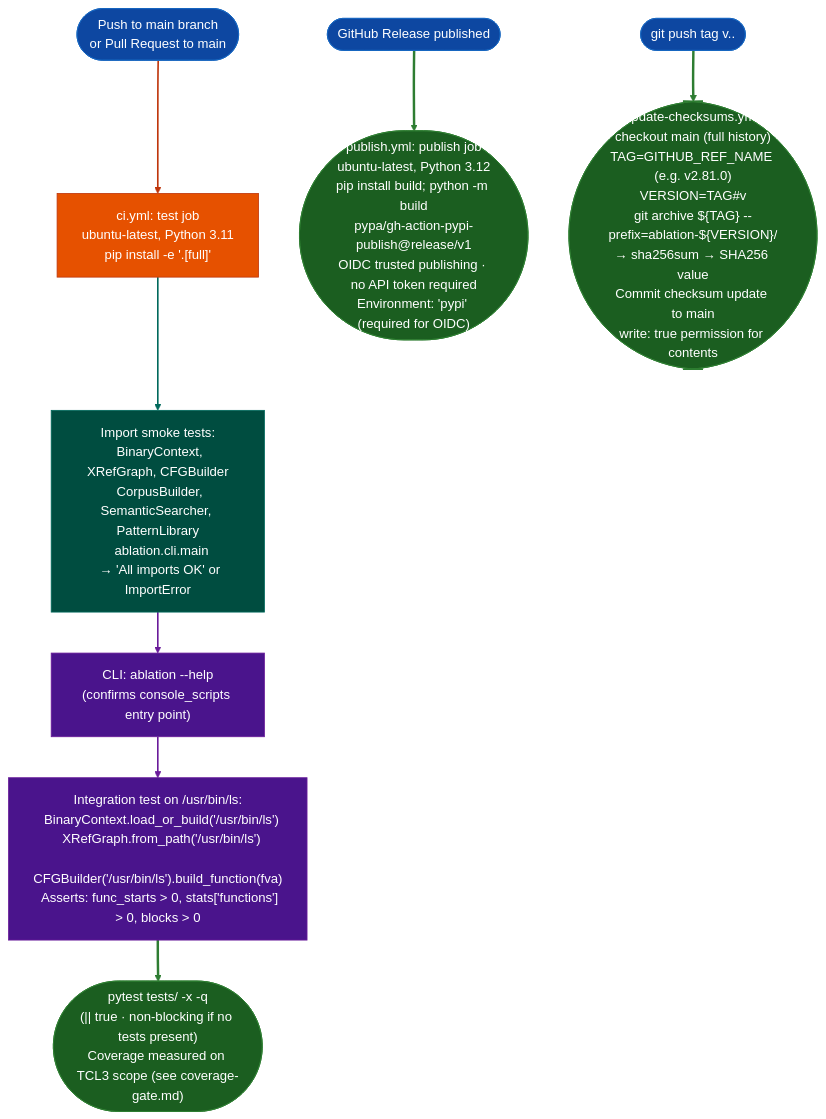
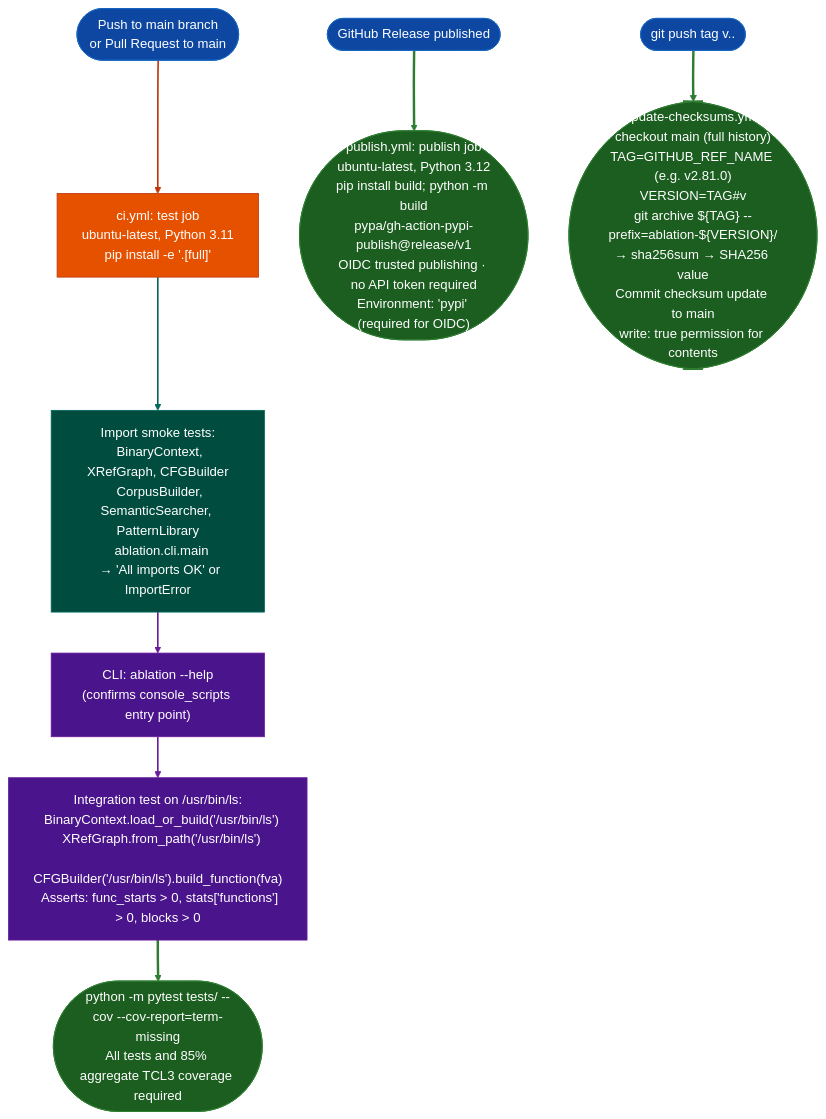
Before and after one commit to Ablation-Tool/ablation: the diagram in docs/reference-modules/ci-and-release-automation.md, drawn with Mermaid. The commit also changed other lines of this file and 66 other files, not shown here.

````diff
--- a/docs/reference-modules/ci-and-release-automation.md
+++ b/docs/reference-modules/ci-and-release-automation.md
@@ -19,25 +19,25 @@
 ```mermaid
 flowchart TD
     A(["Push to main branch\nor Pull Request to main"]):::input --> B["ci.yml: test job\nubuntu-latest, Python 3.11\npip install -e '.[full]'"]:::primary
     B:::primary --> C["Import smoke tests:\n  BinaryContext, XRefGraph, CFGBuilder\n  CorpusBuilder, SemanticSearcher, PatternLibrary\n  ablation.cli.main\n  → 'All imports OK' or ImportError"]:::secondary
     C:::secondary --> D["CLI: ablation --help\n(confirms console_scripts entry point)"]:::tertiary
     D:::tertiary --> E["Integration test on /usr/bin/ls:\n  BinaryContext.load_or_build('/usr/bin/ls')\n  XRefGraph.from_path('/usr/bin/ls')\n  CFGBuilder('/usr/bin/ls').build_function(fva)\n  Asserts: func_starts > 0, stats['functions'] > 0, blocks > 0"]:::tertiary
-    E:::tertiary --> F(["pytest tests/ -x -q\n(|| true · non-blocking if no tests present)\nCoverage measured on TCL3 scope (see coverage-gate.md)"]):::output
+    E:::tertiary --> F(["python -m pytest tests/ --cov --cov-report=term-missing\nAll tests and 85% aggregate TCL3 coverage required"]):::output
 
     G(["GitHub Release published"]):::input --> H(["publish.yml: publish job\nubuntu-latest, Python 3.12\npip install build; python -m build\npypa/gh-action-pypi-publish@release/v1\nOIDC trusted publishing · no API token required\nEnvironment: 'pypi' (required for OIDC)"]):::output
 
     I(["git push tag v<major>.<minor>.<patch>"]):::input --> J(["update-checksums.yml:\ncheckout main (full history)\nTAG=GITHUB_REF_NAME (e.g. v2.81.0)\nVERSION=TAG#v\ngit archive ${TAG} --prefix=ablation-${VERSION}/\n→ sha256sum → SHA256 value\nCommit checksum update to main\nwrite: true permission for contents"]):::output
     classDef input     fill:#0d47a1,stroke:#1565c0,color:#fff
     classDef primary   fill:#e65100,stroke:#bf360c,color:#fff
     classDef secondary fill:#004d40,stroke:#00695c,color:#fff
     classDef tertiary  fill:#4a148c,stroke:#6a1b9a,color:#fff
     classDef neutral   fill:#37474f,stroke:#546e7a,color:#fff
     classDef output    fill:#1b5e20,stroke:#2e7d32,color:#fff
     linkStyle 0 stroke:#bf360c,stroke-width:2px
     linkStyle 1 stroke:#00695c,stroke-width:2px
     linkStyle 2 stroke:#6a1b9a,stroke-width:2px
     linkStyle 3 stroke:#6a1b9a,stroke-width:2px
     linkStyle 4 stroke:#2e7d32,stroke-width:3px
     linkStyle 5 stroke:#2e7d32,stroke-width:3px
     linkStyle 6 stroke:#2e7d32,stroke-width:3px
 ```
````
